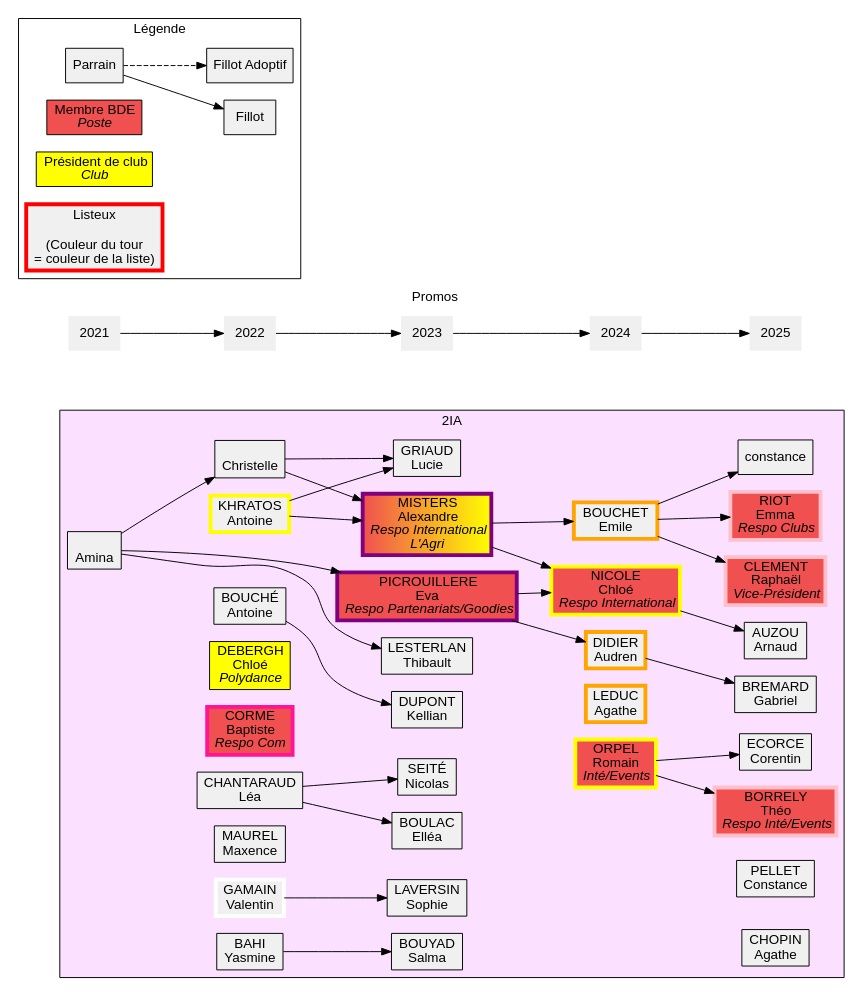
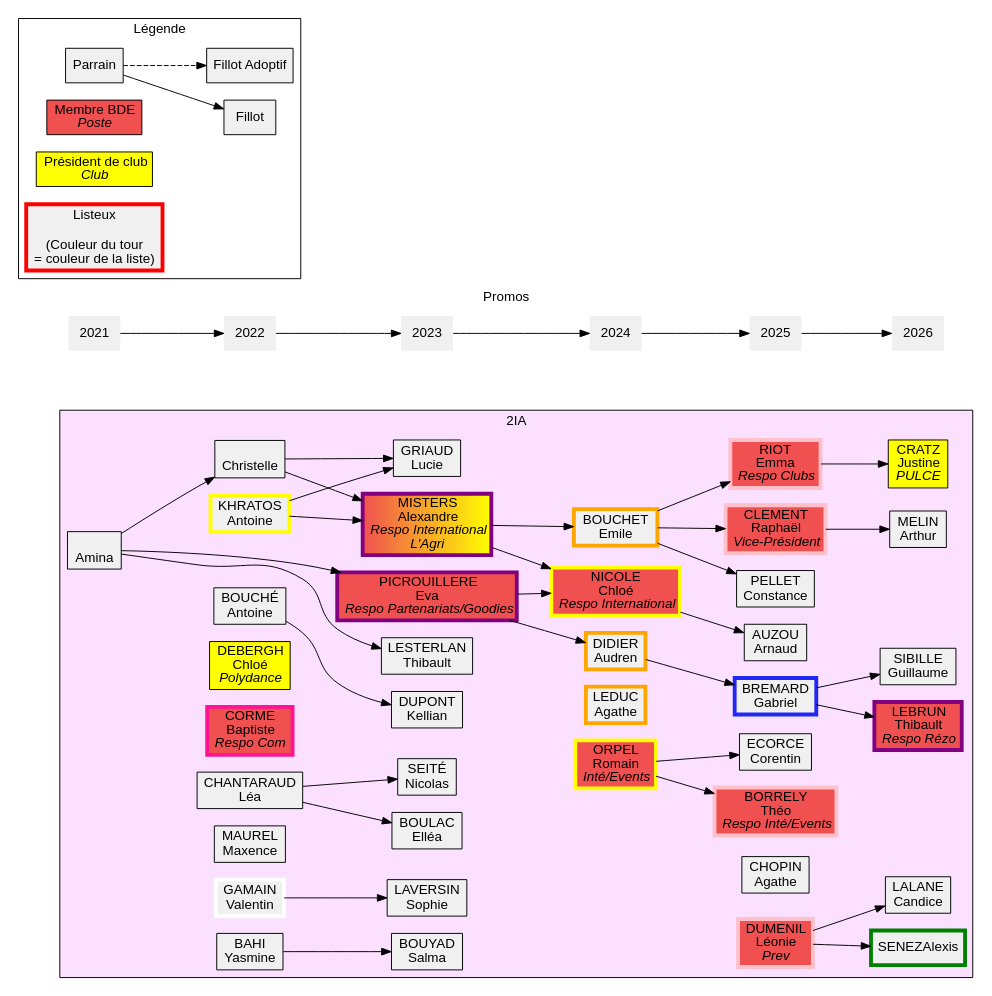
Before and after one commit to Scruchet/poly_gen: the diagram in 2ia.dot, drawn with Graphviz. The commit also changed 4 other files, not shown here.

```diff
--- a/2ia.dot
+++ b/2ia.dot
@@ -1,126 +1,143 @@
 digraph iia {
 	graph [
 		charset = "UTF-8";
 		style = filled;
 		fontname = "Arial";
 	];
 
 	node [
 		shape = box;
 		style = filled;
 		fillcolor = "#f0f0f0";
 		fontname = "Arial";
 	];
 
 	rankdir = LR;
 
 	subgraph cluster_promos {
 		label = "Promos";
 		penwidth = 0;
 		color = none;
 		node [shape = none];
 
-		"2021" -> "2022" -> "2023" -> "2024" -> "2025";
+		"2021" -> "2022" -> "2023" -> "2024" -> "2025" -> "2026";
 	}
     	subgraph cluster_legende {
 		label = "Légende";
 		fillcolor = none;
 
 		leg_parrain	[label = "Parrain"];
 		leg_fillot	[label = "Fillot"];
 		leg_fillotadop	[label = "Fillot Adoptif"];
 		leg_BDE		[label = <Membre BDE<BR/><I>Poste</I>> fillcolor="#f05050"];
 		leg_prez	[label = <Président de club<BR/><I>Club</I>> fillcolor="yellow"];
 		leg_listeux	[label = "Listeux\n\n(Couleur du tour\n = couleur de la liste)" penwidth=4 color="red"];
 
 		leg_parrain -> leg_fillot;
 		leg_parrain -> leg_fillotadop [style = "dashed"];
 	}
 	
 	subgraph cluster_2IA {
 		label = "2IA";
 		fillcolor = "#FCE0FF";
 
 		{ rank="same";
 			amina		[label = "\nAmina"];
 		}
 
 		{ rank="same";
 			antoinebouch	[label = "BOUCHÉ\nAntoine"];
 			antoinekhra	[label = "KHRATOS\nAntoine" penwidth=4 color="yellow"];
 			chloedeb	[label = <DEBERGH<BR/>Chloé<BR/><I>Polydance</I>> fillcolor="yellow"];
 			christelle	[label = "\nChristelle"];
 			joker		[label = <CORME<BR/>Baptiste<BR/><I>Respo Com</I>> fillcolor="#f05050" penwidth=4 color="deeppink"];
 			leachantar	[label = "CHANTARAUD\nLéa"];
 			maxencemor	[label = "MAUREL\nMaxence"];
 			valentingam	[label = "GAMAIN\nValentin" penwidth=4 color="white"];
 			yasminebahi	[label = "BAHI\nYasmine"];
 		}
 		amina -> christelle;
 
 
 		{ rank="same";
 			evapicrou	[label = <PICROUILLERE<BR/>Eva<BR/><I>Respo Partenariats/Goodies</I>> fillcolor="#f05050" penwidth=4 color="purple"];
 			
 			
 			kelliandup	[label = "DUPONT\nKellian"];
 			luciegria	[label = "GRIAUD\nLucie"];
 			nicolatseite	[label = "SEITÉ\nNicolas"];
 			elboulac	[label = "BOULAC\nElléa"];
 			salmabouyad	[label = "BOUYAD\nSalma"];
 			smitty		[label = <MISTERS<BR/>Alexandre<BR/><I>Respo International<BR/>L'Agri</I>> fillcolor="#f05050:yellow" penwidth=4 color="purple"];
 			sophielaver	[label = "LAVERSIN\nSophie"];
 			thibaultleste	[label = "LESTERLAN\nThibault"];
 
 			//portalSE	[label = " \nSE\n " shape="ellipse" penwidth=6 color="orange" fillcolor="#FFE0E0"];
 		}
 		amina -> evapicrou;
 		amina -> thibaultleste;
 		antoinebouch -> kelliandup;
 		antoinekhra -> luciegria;
 		antoinekhra -> smitty;
 		christelle -> luciegria;
 		christelle -> smitty;
 		leachantar -> nicolatseite;
 		leachantar -> elboulac;
 		valentingam -> sophielaver;
 		yasminebahi -> salmabouyad;
 
 		{ rank="same";
 			chloenico	[label = <NICOLE<BR/>Chloé<BR/><I>Respo International</I>> fillcolor="#f05050" penwidth=4 color="yellow"];
 			didieraud	[label = "DIDIER\nAudren" penwidth=4 color="orange"];
 			emilebct	[label = "BOUCHET \nEmile" penwidth=4 color="orange"];
 			agatleduc	[label = "LEDUC\nAgathe" penwidth=4 color="orange"];
 			romainorp	[label = <ORPEL<BR/>Romain<BR/><I>Inté/Events</I>> fillcolor="#f05050" penwidth=4 color="yellow"];
 		}
 		evapicrou -> chloenico;
 		evapicrou -> didieraud;
 		smitty -> chloenico;
 		smitty -> emilebct;
 		
 		{ rank="same";
 			arnaudauz  [label = "AUZOU\nArnaud"];
 			constancep [label = "PELLET\nConstance"];
 			agathechop [label = "CHOPIN\nAgathe"];
 			raphaelcle [label = <CLEMENT<BR/>Raphaël<BR/><I>Vice-Président</I>> fillcolor="#f05050" penwidth=4 color="pink"];
 			emmariot   [label = <RIOT<BR/>Emma<BR/><I>Respo Clubs</I>> fillcolor="#f05050" penwidth=4 color="pink"];
+			ldumenil   [label = <DUMENIL<BR/>Léonie<BR/><I>Prev</I>> fillcolor="#f05050" penwidth=4 color="pink"];
 			corentinec [label = "ECORCE\nCorentin"];
 			theoborel  [label = <BORRELY<BR/>Théo<BR/><I>Respo Inté/Events</I>> fillcolor="#f05050" penwidth=4 color="pink"]; 
-			gabrielbr  [label = "BREMARD\nGabriel"];
+			gabrielbr  [label = "BREMARD\nGabriel" penwidth=4 color="#2128f5"];
 		}
 		romainorp -> corentinec;
 		romainorp -> theoborel;
-		emilebct -> constance;
+		emilebct -> constancep;
 		emilebct -> raphaelcle;
 		emilebct -> emmariot;
 		chloenico->arnaudauz;
 		didieraud -> gabrielbr;
 
+
+		{ rank="same";
+			amelin 		[label = "MELIN\nArthur"];
+			asenez 		[label = "SENEZ\Alexis" penwidth=4 color="green"];
+			tlebrun 	[label = <LEBRUN<BR/>Thibault<BR/><I>Respo Rézo</I>> fillcolor="#f05050" penwidth=4 color="purple"];
+			jcratz		[label =<CRATZ<BR/>Justine<BR/><I>PULCE</I>> fillcolor="yellow"];
+			clalance	 [label = "LALANE\nCandice"];
+			gsibille 	[label = "SIBILLE\nGuillaume"];
+		}
+			raphaelcle->amelin;
+			ldumenil->asenez;
+			ldumenil->clalance;
+			gabrielbr->tlebrun;
+			gabrielbr->gsibille;
+			emmariot->jcratz;
+		
 		//portalSE -> romainorp [style=dashed penwidth=2 color="#f05050"];
 	}
 
 	endnode [style=invis];
 
 	romainorp -> endnode [style=invis];
 	"2024" -> endnode [style=invis];
 }
```
